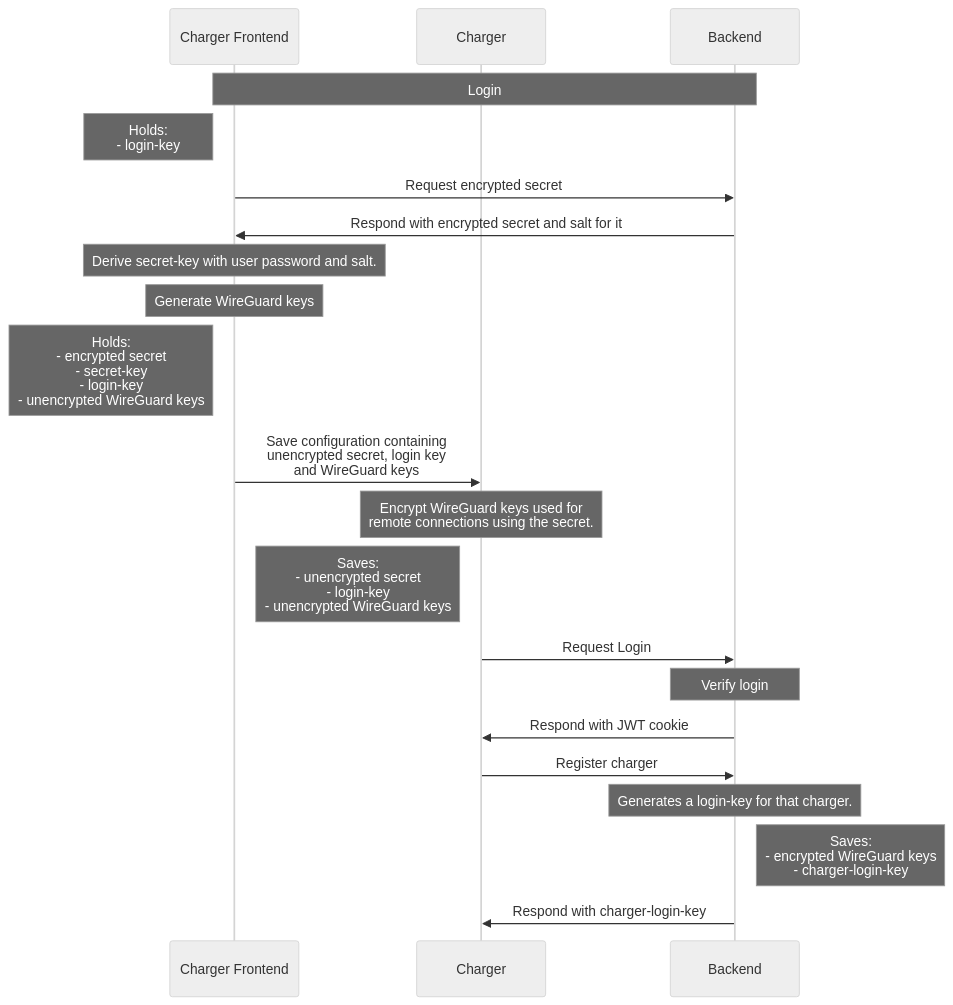
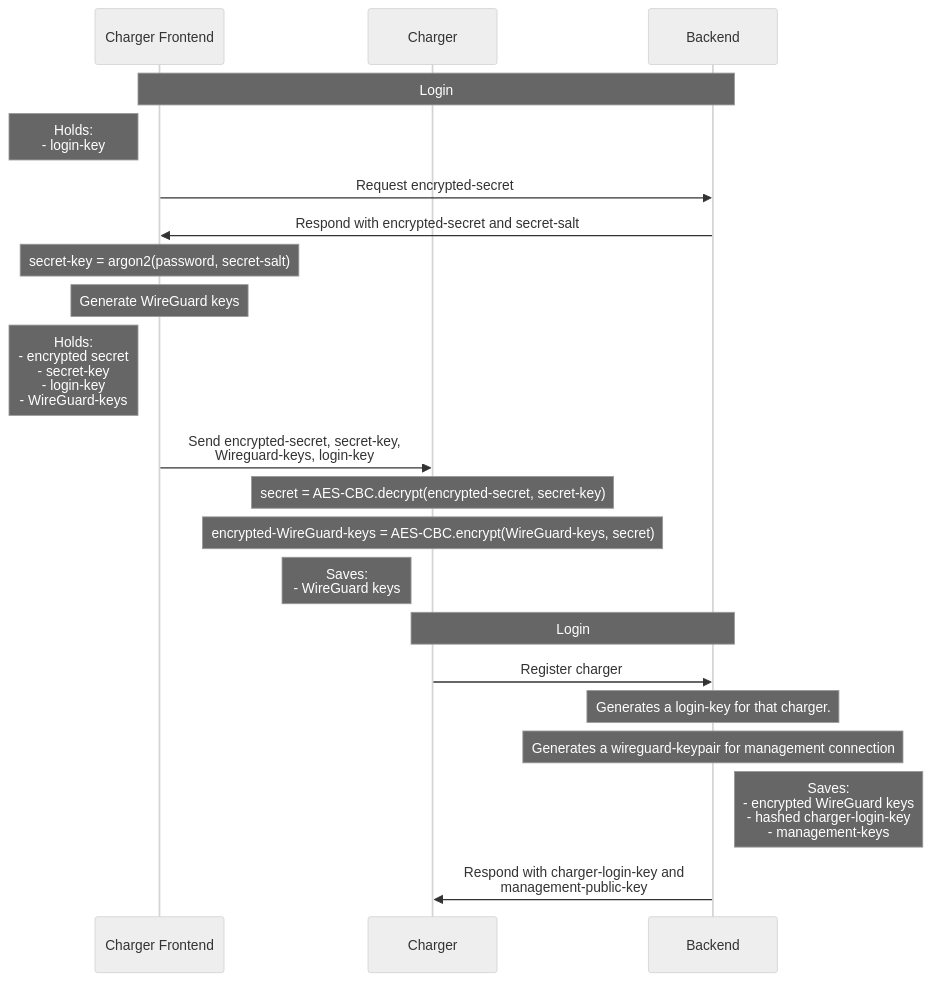
Before and after one commit to Tinkerforge/esp32-remote-access: the fifth of 10 diagrams in sequence.md, drawn with Mermaid (neutral theme). The commit also changed other lines of this file, not shown here.

````diff
--- a/sequence.md
+++ b/sequence.md
@@ -78,24 +102,31 @@
 ```mermaid
 sequenceDiagram
     participant Charger Frontend
     participant Charger
     participant Backend
 
     Note over Charger Frontend, Backend: Login
+
     Note left of Charger Frontend: Holds: <br> - login-key
-    Charger Frontend->>Backend: Request encrypted secret
-    Backend->>Charger Frontend: Respond with encrypted secret and salt for it
-    Note over Charger Frontend: Derive secret-key with user password and salt.
+    Charger Frontend->>Backend: Request encrypted-secret
+
+    Backend->>Charger Frontend: Respond with encrypted-secret and secret-salt
+    Note over Charger Frontend: secret-key = argon2(password, secret-salt)
     Note over Charger Frontend: Generate WireGuard keys
-    Note left of Charger Frontend: Holds: <br> - encrypted secret <br> - secret-key <br> - login-key <br> - unencrypted WireGuard keys
-    Charger Frontend->>Charger: Save configuration containing<br>unencrypted secret, login key<br>and WireGuard keys
-    Note over Charger: Encrypt WireGuard keys used for<br>remote connections using the secret.
-    Note left of Charger: Saves: <br> - unencrypted secret <br> - login-key <br> - unencrypted WireGuard keys
-    Charger->>Backend: Request Login
-    Note over Backend: Verify login
-    Backend->>Charger: Respond with JWT cookie
+
+    Note left of Charger Frontend: Holds: <br> - encrypted secret <br> - secret-key <br> - login-key <br> - WireGuard-keys
+
+    Charger Frontend->>Charger: Send encrypted-secret, secret-key, <br> Wireguard-keys, login-key
+    Note over Charger: secret = AES-CBC.decrypt(encrypted-secret, secret-key)
+    Note over Charger: encrypted-WireGuard-keys = AES-CBC.encrypt(WireGuard-keys, secret)
+
+    Note left of Charger: Saves: <br> - WireGuard keys
+
+    Note over Charger, Backend: Login
+
     Charger->>Backend: Register charger
     Note over Backend: Generates a login-key for that charger.
-    Note right of Backend: Saves: <br> - encrypted WireGuard keys <br> - charger-login-key
-    Backend->>Charger: Respond with charger-login-key
+    Note over Backend: Generates a wireguard-keypair for management connection
+    Note right of Backend: Saves: <br> - encrypted WireGuard keys <br> - hashed charger-login-key <br> - management-keys
+    Backend->>Charger: Respond with charger-login-key and <br> management-public-key
 ```
````
